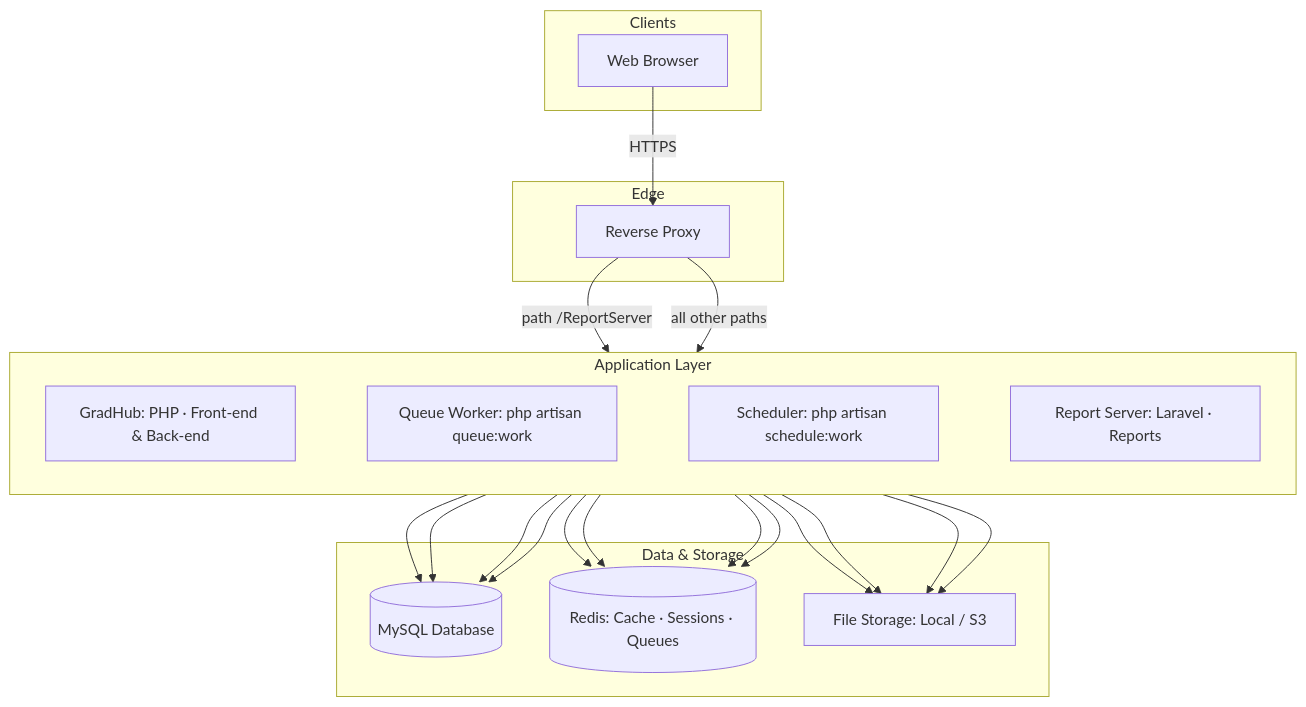
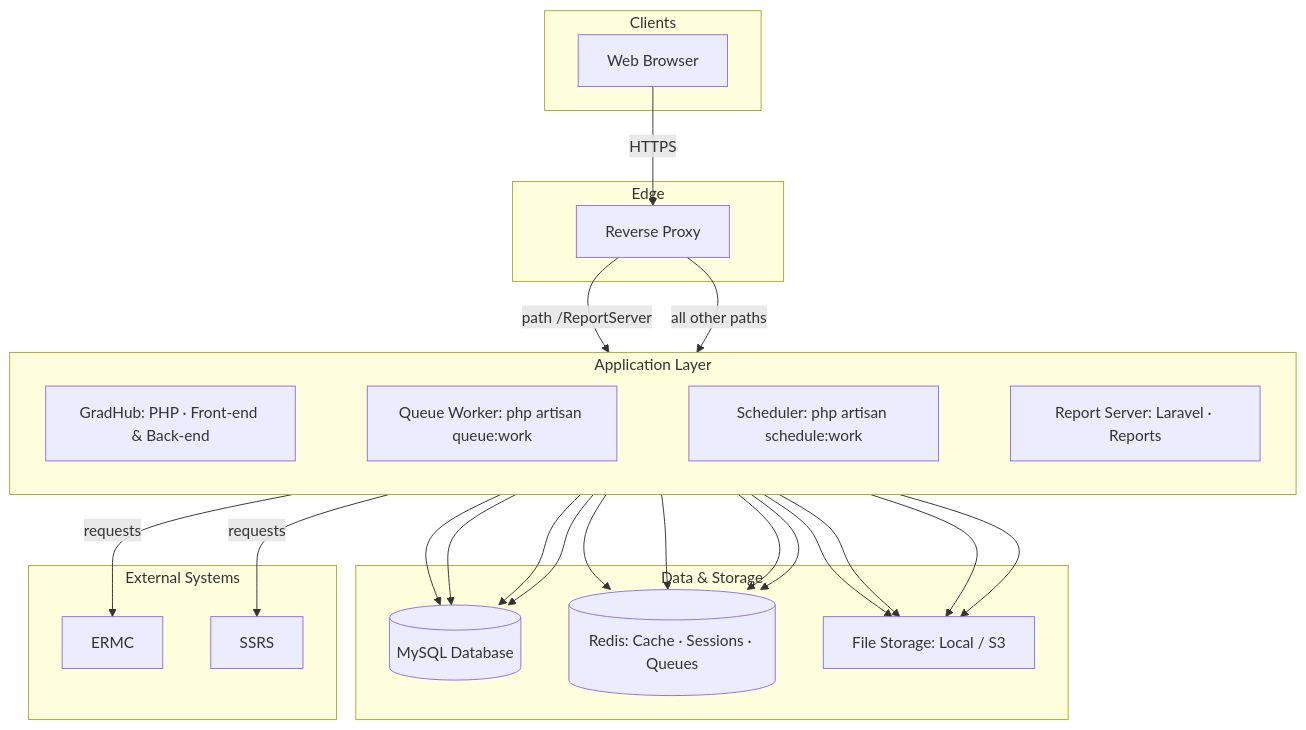
The first of 7 diagrams in architecture.md (yeremko/gatest), drawn with Mermaid before and after one commit. The commit also changed other lines of this file, not shown here.

````diff
--- a/architecture.md
+++ b/architecture.md
@@ -9,41 +9,48 @@
 ```mermaid
 flowchart TB
     subgraph Clients["Clients"]
         Browser[Web Browser]
     end
 
     subgraph Edge["Edge"]
         Proxy[Reverse Proxy]
     end
 
     subgraph Application["Application Layer"]
         direction LR
         App[GradHub: PHP · Front-end & Back-end]
         QueueWorker[Queue Worker: php artisan queue:work]
         Scheduler[Scheduler: php artisan schedule:work]
         ReportServer[Report Server: Laravel · Reports]
         App ~~~ QueueWorker ~~~ Scheduler ~~~ ReportServer
     end
 
     subgraph Data["Data & Storage"]
         MySQL[(MySQL Database)]
         Redis[(Redis: Cache · Sessions · Queues)]
         FS[File Storage: Local / S3]
     end
 
+    subgraph External["External Systems"]
+        ERMC[ERMC]
+        SSRS[SSRS]
+    end
+
     Browser -->|HTTPS| Proxy
     Proxy -->|path /ReportServer| ReportServer
     Proxy -->|all other paths| App
     App --> MySQL
     App --> Redis
     App --> FS
+    App -->|requests| ERMC
     ReportServer --> MySQL
     ReportServer --> Redis
     ReportServer --> FS
+    ReportServer -->|requests| SSRS
     QueueWorker --> MySQL
     QueueWorker --> Redis
     QueueWorker --> FS
     Scheduler --> MySQL
     Scheduler --> Redis
     Scheduler --> FS
 ```
````
